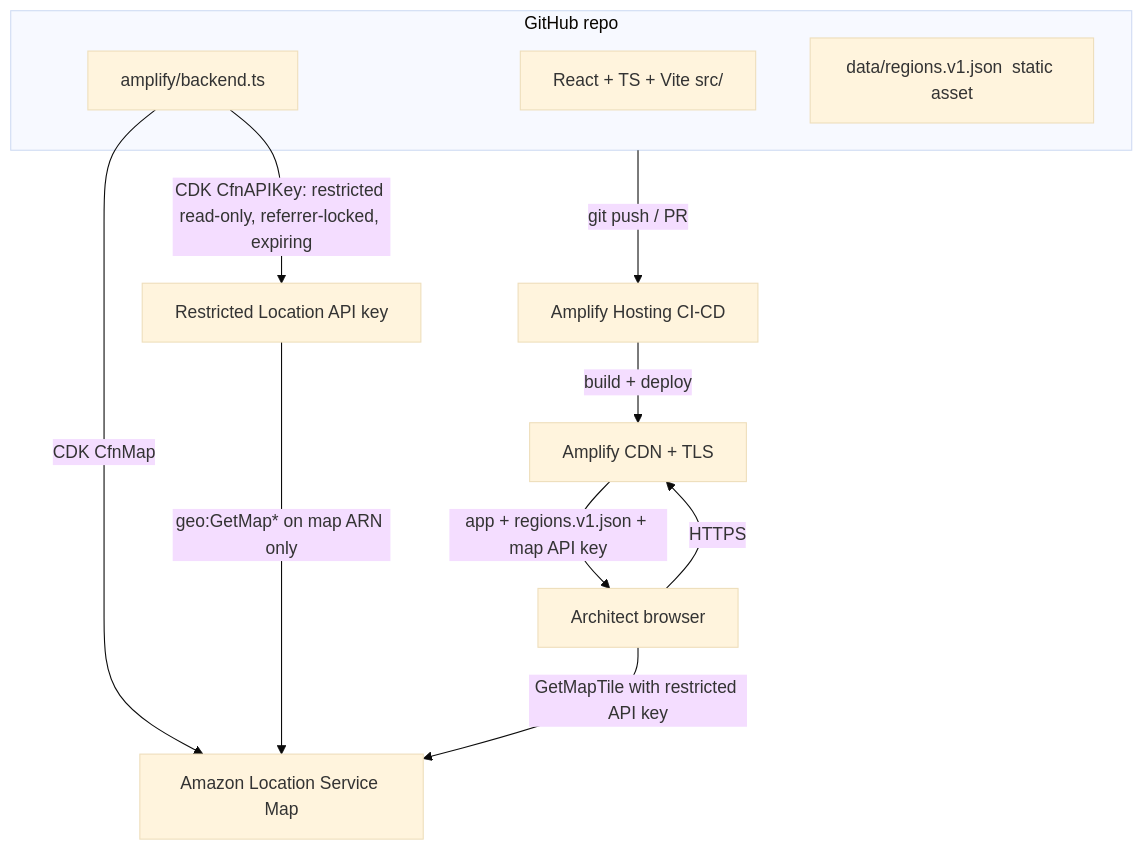
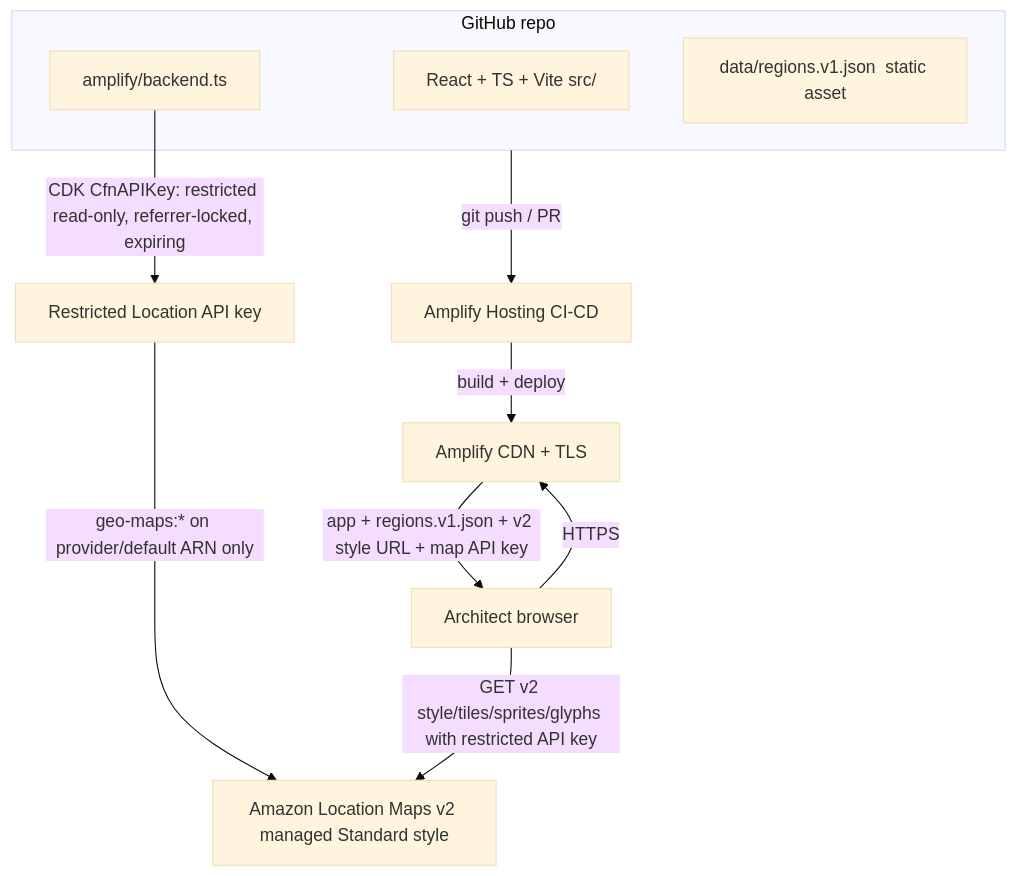
Before and after one commit to rondamstra/aws-region-resilience-explorer: the diagram in docs/ARCHITECTURE.md, drawn with Mermaid (base theme). The commit also changed other lines of this file and 1 other file, not shown here.

Commit message:
feat(backend): migrate to Amazon Location Maps v2 (geo-maps), remove classic CfnMap, key scoped to provider/default

````diff
--- a/docs/ARCHITECTURE.md
+++ b/docs/ARCHITECTURE.md
@@ -166,18 +178,17 @@
 ```mermaid
 flowchart TD
   subgraph GH[GitHub repo]
     SRC[React + TS + Vite src/]
     BE[amplify/backend.ts]
     JSON[data/regions.v1.json  static asset]
   end
 
   GH -->|git push / PR| AMP[Amplify Hosting CI-CD]
   AMP -->|build + deploy| CDN[Amplify CDN + TLS]
-  BE -->|CDK CfnMap| GEO[Amazon Location Service Map]
   BE -->|CDK CfnAPIKey: restricted read-only, referrer-locked, expiring| KEY[Restricted Location API key]
-  KEY -->|geo:GetMap* on map ARN only| GEO
+  KEY -->|geo-maps:* on provider/default ARN only| GEO[Amazon Location Maps v2 managed Standard style]
 
   USER[Architect browser] -->|HTTPS| CDN
-  CDN -->|app + regions.v1.json + map API key| USER
-  USER -->|GetMapTile with restricted API key| GEO
+  CDN -->|app + regions.v1.json + v2 style URL + map API key| USER
+  USER -->|GET v2 style/tiles/sprites/glyphs with restricted API key| GEO
 ```
````
